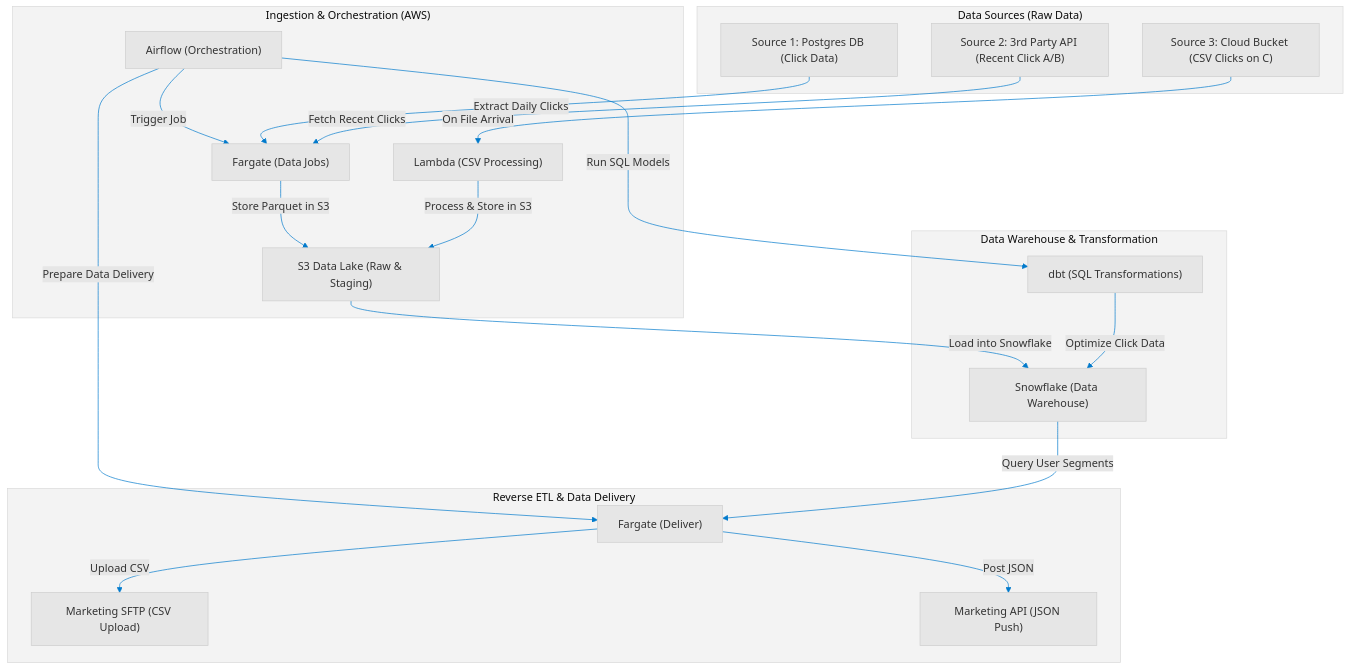
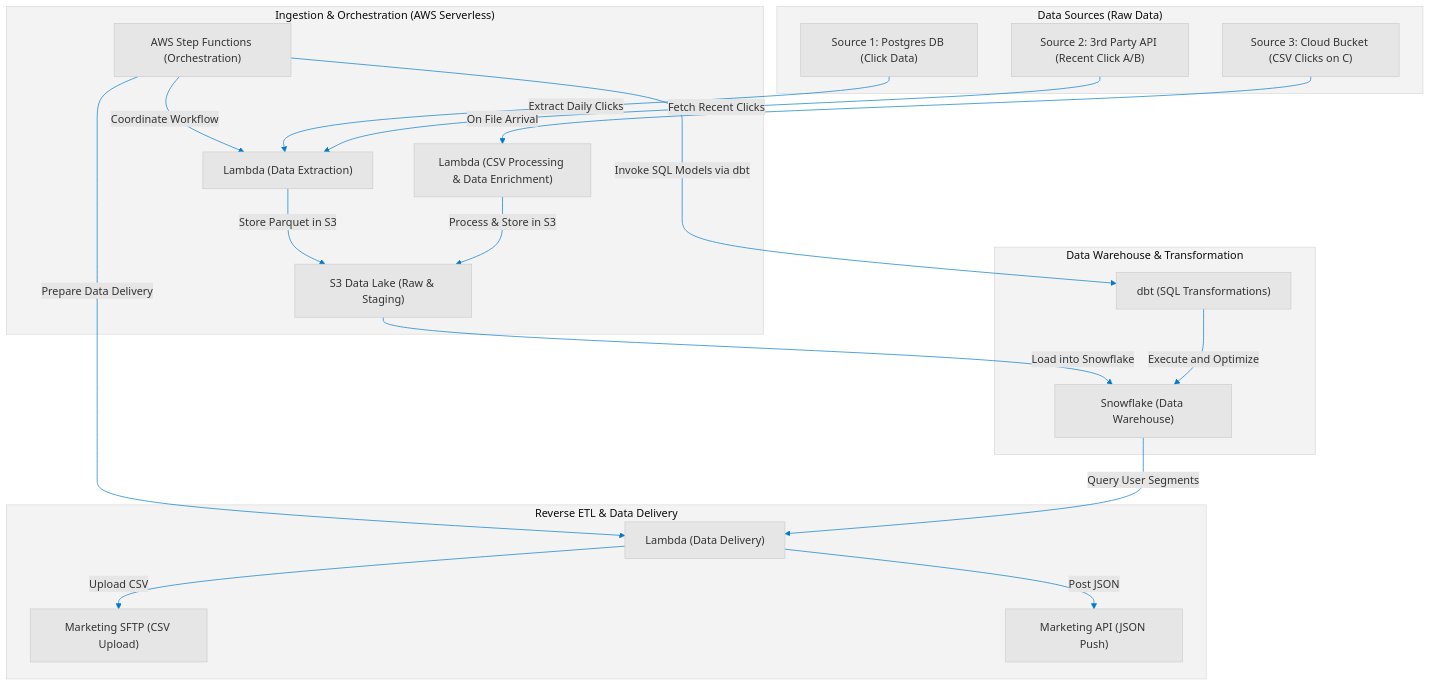
Before and after one commit to brentmzey/carrumarch: the diagram in architecture.mmd, drawn with Mermaid. The commit also changed 1 other file, not shown here.

```diff
--- a/architecture.mmd
+++ b/architecture.mmd
@@ -1,44 +1,44 @@
 %%{init: {'theme': 'base', 'themeVariables': { 'primaryColor': '#E6E6E6', 'primaryTextColor': '#333', 'lineColor': '#007ACC', 'actorBorder': '#4D4D4D'}}}%%
 graph TD
     subgraph "Data Sources (Raw Data)"
         A["Source 1: Postgres DB (Click Data)"]
         B["Source 2: 3rd Party API (Recent Click A/B)"]
         C["Source 3: Cloud Bucket (CSV Clicks on C)"]
     end
 
-    subgraph "Ingestion & Orchestration (AWS)"
-        D["Airflow (Orchestration)"]
+    subgraph "Ingestion & Orchestration (AWS Serverless)"
+        D["AWS Step Functions (Orchestration)"]
         E["S3 Data Lake (Raw & Staging)"]
-        F["Lambda (CSV Processing)"]
-        G["Fargate (Data Jobs)"]
+        F["Lambda (CSV Processing & Data Enrichment)"]
+        G["Lambda (Data Extraction)"]
     end
 
     subgraph "Data Warehouse & Transformation"
         H["Snowflake (Data Warehouse)"]
         I["dbt (SQL Transformations)"]
     end
 
     subgraph "Reverse ETL & Data Delivery"
-        J["Fargate (Deliver)"]
+        J["Lambda (Data Delivery)"]
         K["Marketing SFTP (CSV Upload)"]
         L["Marketing API (JSON Push)"]
     end
 
     %% Data Flow
-    D -- "Trigger Job" --> G
+    D -- "Coordinate Workflow" --> G
     A -- "Extract Daily Clicks" --> G
     B -- "Fetch Recent Clicks" --> G
     G -- "Store Parquet in S3" --> E
 
     C -- "On File Arrival" --> F
     F -- "Process & Store in S3" --> E
 
     E -- "Load into Snowflake" --> H
 
-    D -- "Run SQL Models" --> I
-    I -- "Optimize Click Data" --> H
+    D -- "Invoke SQL Models via dbt" --> I
+    I -- "Execute and Optimize" --> H
 
     D -- "Prepare Data Delivery" --> J
     H -- "Query User Segments" --> J
     J -- "Upload CSV" --> K
     J -- "Post JSON" --> L
```
